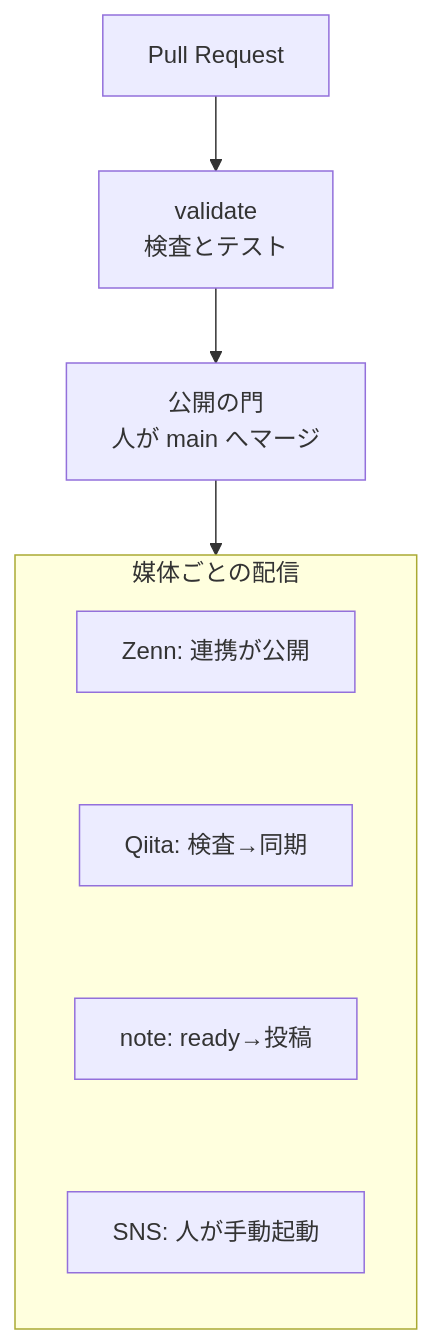
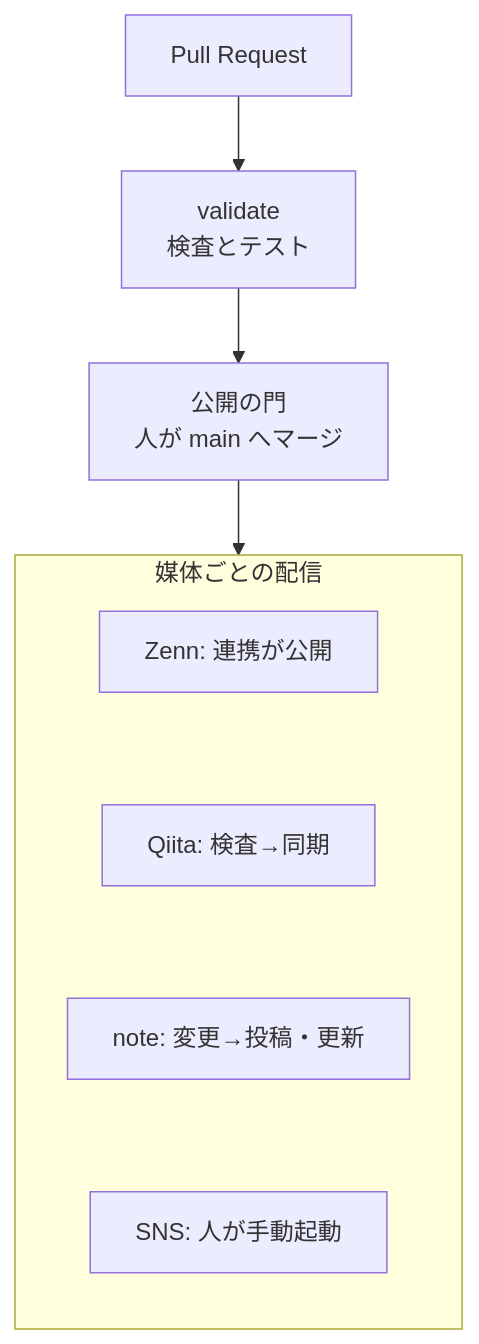
Before and after one commit to Takenori-Kusaka/publishing-hub: the second of 2 diagrams in articles/multi-platform-publishing-architecture.md, drawn with Mermaid. The commit also changed other lines of this file and 33 other files, not shown here.

````diff
--- a/articles/multi-platform-publishing-architecture.md
+++ b/articles/multi-platform-publishing-architecture.md
@@ -311,12 +311,12 @@
 ```mermaid
 flowchart TD
     PR["Pull Request"] --> V["validate<br/>検査とテスト"]
     V --> M["公開の門<br/>人が main へマージ"]
     M --> G
     subgraph G["媒体ごとの配信"]
         direction TB
         ZD["Zenn: 連携が公開"] ~~~ QG["Qiita: 検査→同期"]
-        QG ~~~ NG["note: ready→投稿"]
+        QG ~~~ NG["note: 変更→投稿・更新"]
         NG ~~~ SD["SNS: 人が手動起動"]
     end
 ```
````
